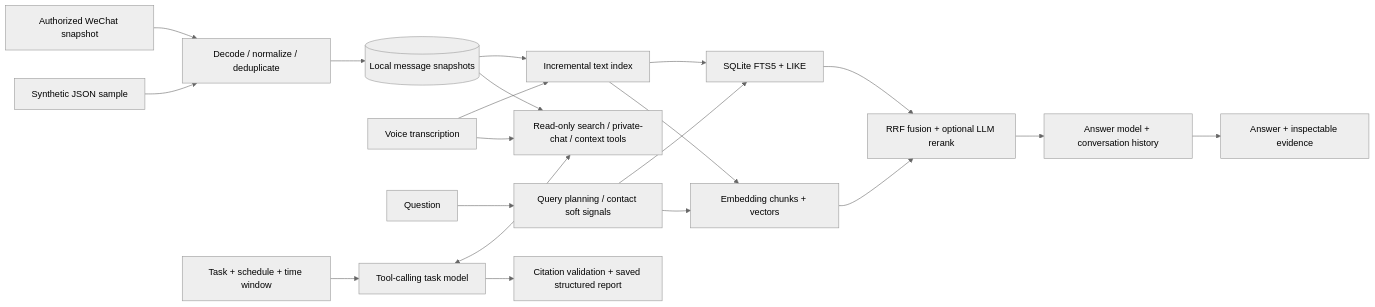
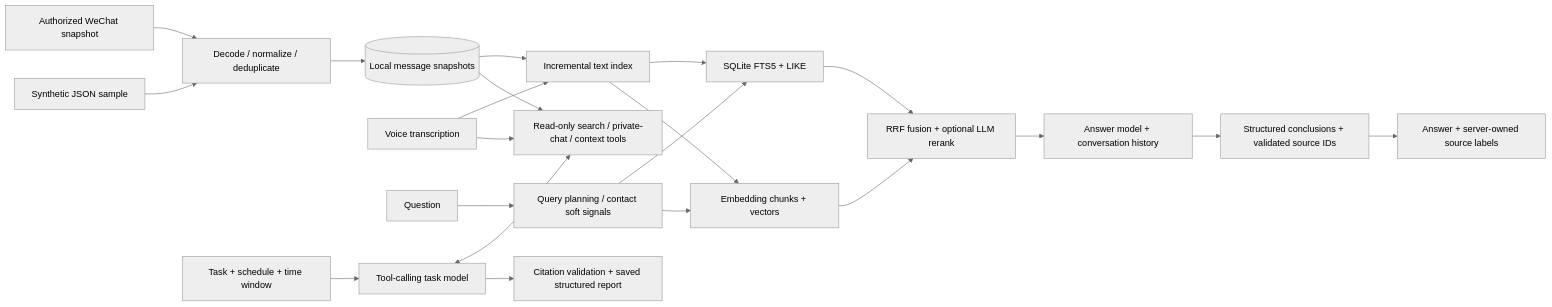
Before and after one commit to Fongkai777/wechat-agent: the diagram in README.md, drawn with Mermaid (neutral theme). The commit also changed other lines of this file and 17 other files, not shown here.

Commit message:
Fix Q&A source attribution with structured citations and publish regression demo

````diff
--- a/README.md
+++ b/README.md
@@ -28,22 +28,23 @@
 ```mermaid
 flowchart LR
     A[Authorized WeChat snapshot] --> B[Decode / normalize / deduplicate]
     S[Synthetic JSON sample] --> B
     B --> D[(Local message snapshots)]
     V[Voice transcription] --> I[Incremental text index]
     D --> I
     I --> F[SQLite FTS5 + LIKE]
     I --> E[Embedding chunks + vectors]
     Q[Question] --> P[Query planning / contact soft signals]
     P --> F
     P --> E
     F --> R[RRF fusion + optional LLM rerank]
     E --> R
     R --> G[Answer model + conversation history]
-    G --> U[Answer + inspectable evidence]
+    G --> K[Structured conclusions + validated source IDs]
+    K --> U[Answer + server-owned source labels]
     D --> T[Read-only search / private-chat / context tools]
     V --> T
     C[Task + schedule + time window] --> H[Tool-calling task model]
     H <--> T
     H --> J[Citation validation + saved structured report]
 ```
````
